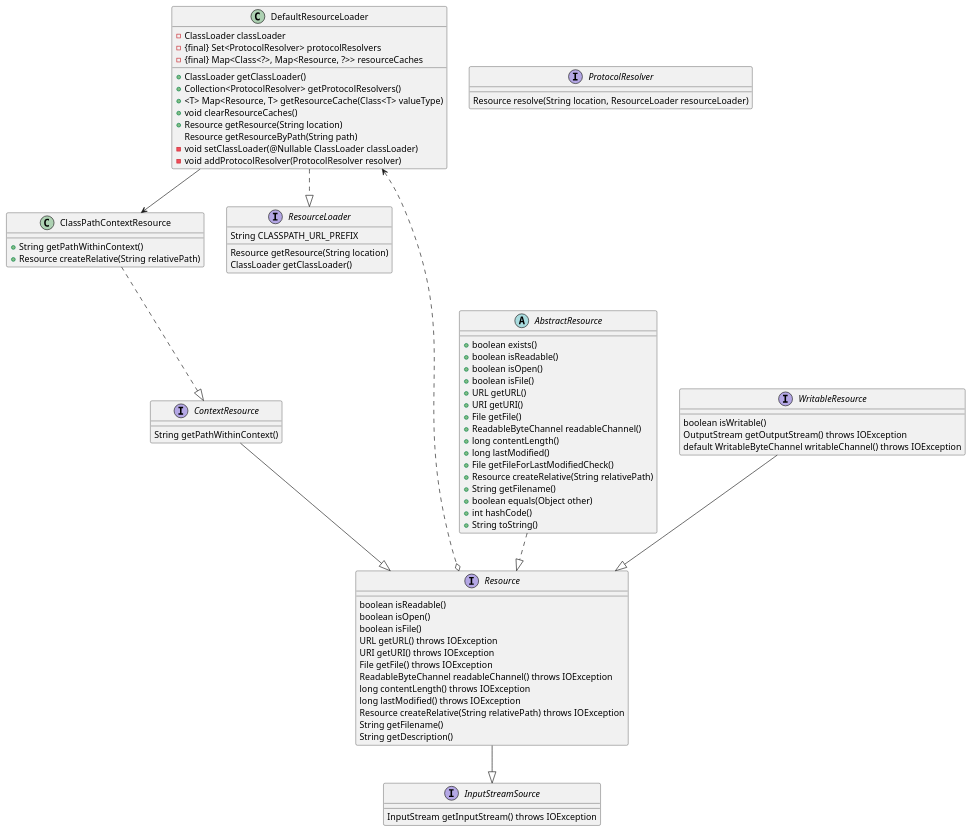
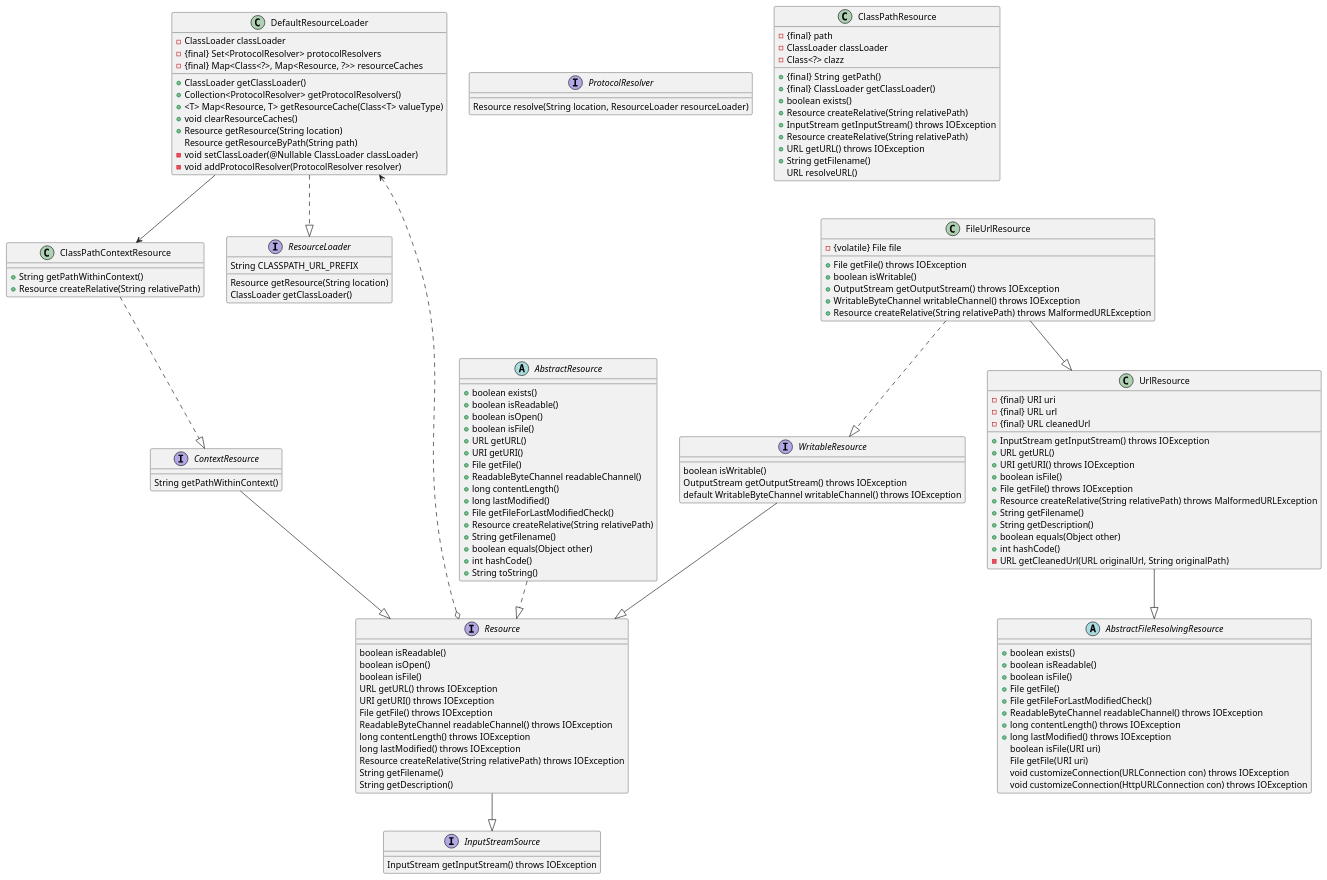
The diagram in src/main/java/cn/Resource.puml (zou2561789/springuml), drawn with PlantUML before and after one commit. The commit also changed 16 other files, not shown here.

```diff
--- a/src/main/java/cn/Resource.puml
+++ b/src/main/java/cn/Resource.puml
@@ -1,79 +1,133 @@
 @startuml
 class  DefaultResourceLoader {
     - ClassLoader classLoader
     - {final} Set<ProtocolResolver> protocolResolvers
     - {final} Map<Class<?>, Map<Resource, ?>> resourceCaches
     + ClassLoader getClassLoader()
     + Collection<ProtocolResolver> getProtocolResolvers()
     +  <T> Map<Resource, T> getResourceCache(Class<T> valueType)
     + void clearResourceCaches()
     + Resource getResource(String location)
     Resource getResourceByPath(String path)
     - void setClassLoader(@Nullable ClassLoader classLoader)
     - void addProtocolResolver(ProtocolResolver resolver)
 }
 class ClassPathContextResource{
   + String getPathWithinContext()
   + Resource createRelative(String relativePath)
 }
 interface ProtocolResolver{
   Resource resolve(String location, ResourceLoader resourceLoader)
 }
 abstract class AbstractResource{
    + boolean exists()
    + boolean isReadable()
    + boolean isOpen()
    + boolean isFile()
    + URL getURL()
    + URI getURI()
    + File getFile()
    + ReadableByteChannel readableChannel()
    + long contentLength()
    + long lastModified()
    +  File getFileForLastModifiedCheck()
    + Resource createRelative(String relativePath)
    + String getFilename()
    + boolean equals(Object other)
    + int hashCode()
    + String toString()
 }
+abstract class AbstractFileResolvingResource{
+    + boolean exists()
+    + boolean isReadable()
+    + boolean isFile()
+    + File getFile()
+    + File getFileForLastModifiedCheck()
+    + ReadableByteChannel readableChannel() throws IOException
+    + long contentLength() throws IOException
+    + long lastModified() throws IOException
+     boolean isFile(URI uri)
+     File getFile(URI uri)
+     void customizeConnection(URLConnection con) throws IOException
+     void customizeConnection(HttpURLConnection con) throws IOException
+}
+class UrlResource{
+       - {final} URI uri
+       - {final} URL url
+       - {final} URL cleanedUrl
+       + InputStream getInputStream() throws IOException
+       + URL getURL()
+       + URI getURI() throws IOException
+       + boolean isFile()
+       + File getFile() throws IOException
+       + Resource createRelative(String relativePath) throws MalformedURLException
+       + String getFilename()
+       + String getDescription()
+       + boolean equals(Object other)
+       + int hashCode()
+       - URL getCleanedUrl(URL originalUrl, String originalPath)
+}
+class FileUrlResource{
+    -{volatile} File file
+    + File getFile() throws IOException
+    + boolean isWritable()
+    + OutputStream getOutputStream()  throws IOException
+    + WritableByteChannel writableChannel() throws IOException
+    + Resource createRelative(String relativePath) throws MalformedURLException
+}
+class ClassPathResource{
+  -{final} path
+  - ClassLoader classLoader
+  - Class<?> clazz
+  + {final}  String getPath()
+  + {final} ClassLoader getClassLoader()
+  + boolean exists()
+  + Resource createRelative(String relativePath)
+  + InputStream getInputStream() throws IOException
+  + Resource createRelative(String relativePath)
+  + URL getURL() throws IOException
+  + String getFilename()
+    URL resolveURL()
+}
 interface WritableResource{
    boolean isWritable()
    OutputStream getOutputStream() throws IOException
    default WritableByteChannel writableChannel() throws IOException
 }
 interface ResourceLoader{
   String CLASSPATH_URL_PREFIX
   Resource getResource(String location)
   ClassLoader getClassLoader()
 }
 interface Resource{
   boolean isReadable()
   boolean isOpen()
   boolean isFile()
   URL getURL() throws IOException
   URI getURI() throws IOException
   File getFile() throws IOException
   ReadableByteChannel readableChannel() throws IOException
   long contentLength() throws IOException
   long lastModified() throws IOException
   Resource createRelative(String relativePath) throws IOException
   String getFilename()
   String getDescription()
 }
 interface InputStreamSource{
      InputStream getInputStream() throws IOException
 }
 interface ContextResource{
   String getPathWithinContext()
 }
-
+FileUrlResource --|>UrlResource
+FileUrlResource ..|> WritableResource
+UrlResource --|>AbstractFileResolvingResource
 DefaultResourceLoader ..|>ResourceLoader
 DefaultResourceLoader --> ClassPathContextResource
 DefaultResourceLoader <..o Resource
 Resource --|>InputStreamSource
 WritableResource --|>Resource
 ClassPathContextResource ..|>ContextResource
 ContextResource --|>Resource
 AbstractResource ..|>Resource
 @enduml
```
